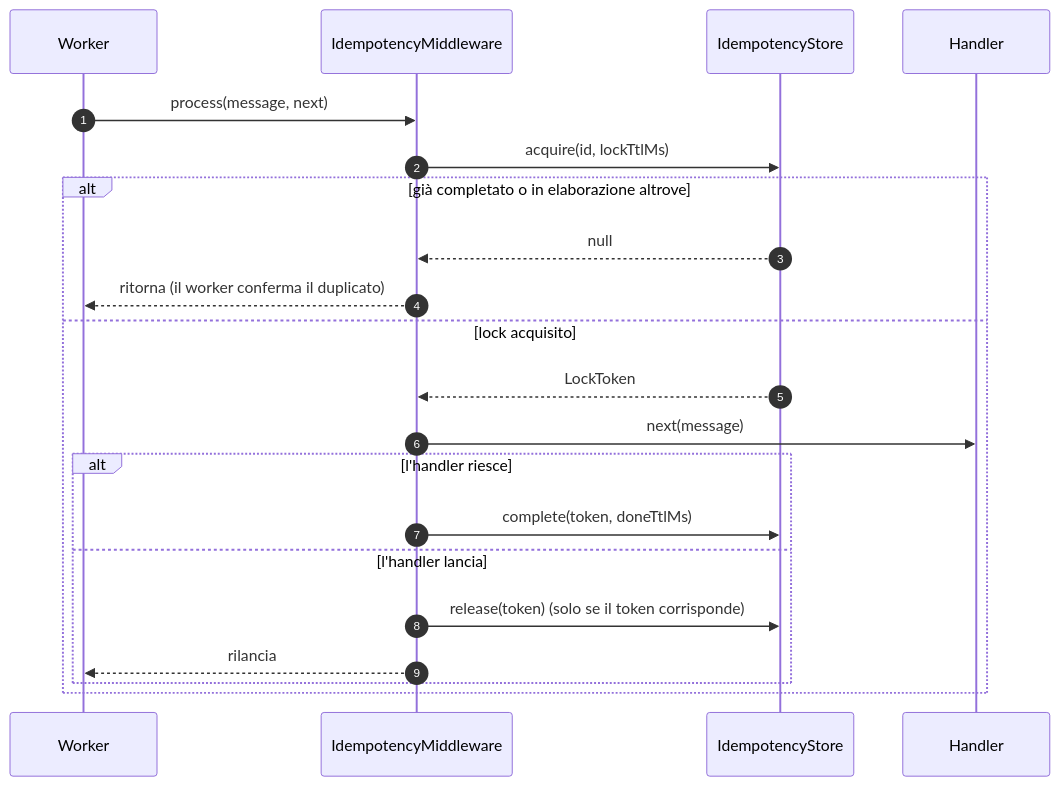
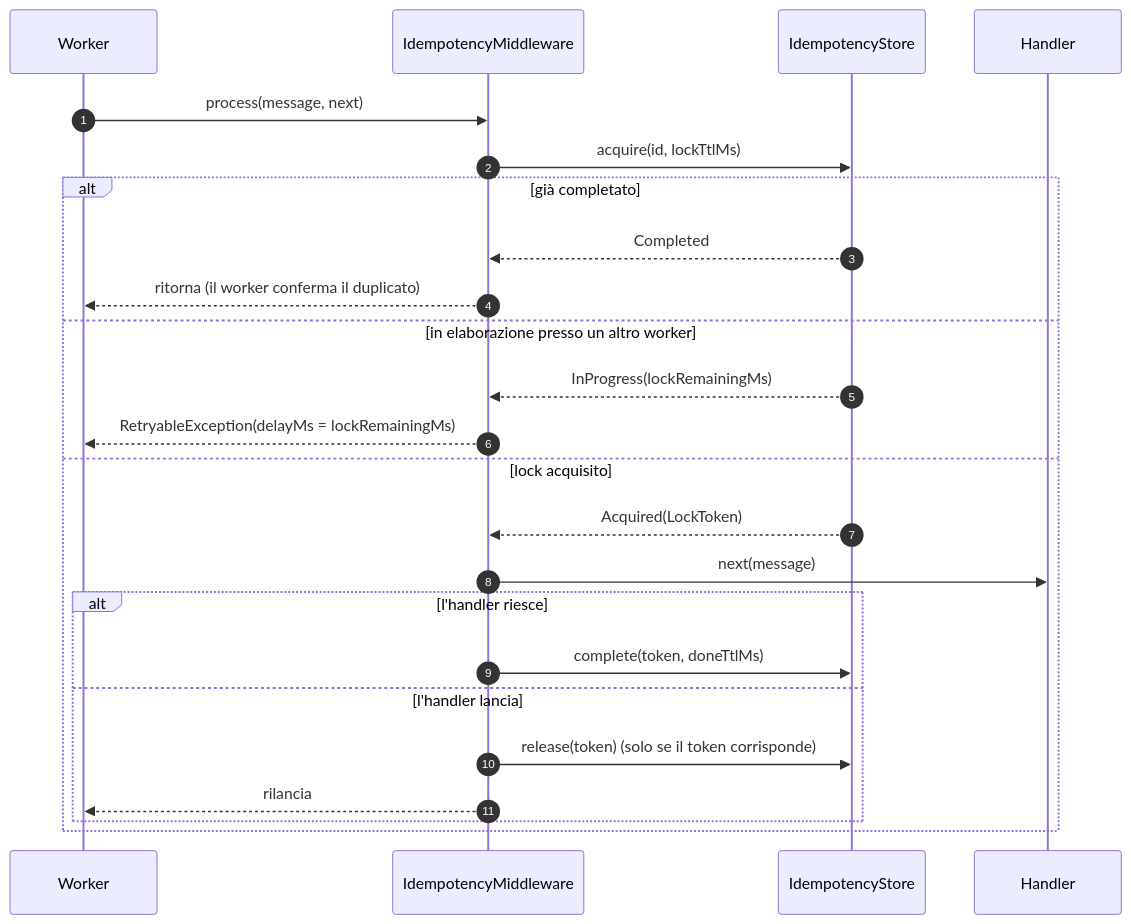
Before and after one commit to snipershady/queue-bridge: diagram 16 of 24 in DOC_IT.md, drawn with Mermaid. The commit also changed other lines of this file and 163 other files, not shown here.

````diff
--- a/DOC_IT.md
+++ b/DOC_IT.md
@@ -992,23 +999,26 @@
 ```mermaid
 sequenceDiagram
     autonumber
     participant W as Worker
     participant I as IdempotencyMiddleware
     participant S as IdempotencyStore
     participant H as Handler
     W->>I: process(message, next)
     I->>S: acquire(id, lockTtlMs)
-    alt già completato o in elaborazione altrove
-        S-->>I: null
+    alt già completato
+        S-->>I: Completed
         I-->>W: ritorna (il worker conferma il duplicato)
+    else in elaborazione presso un altro worker
+        S-->>I: InProgress(lockRemainingMs)
+        I-->>W: RetryableException(delayMs = lockRemainingMs)
     else lock acquisito
-        S-->>I: LockToken
+        S-->>I: Acquired(LockToken)
         I->>H: next(message)
         alt l'handler riesce
             I->>S: complete(token, doneTtlMs)
         else l'handler lancia
             I->>S: release(token) (solo se il token corrisponde)
             I-->>W: rilancia
         end
     end
 ```
````
